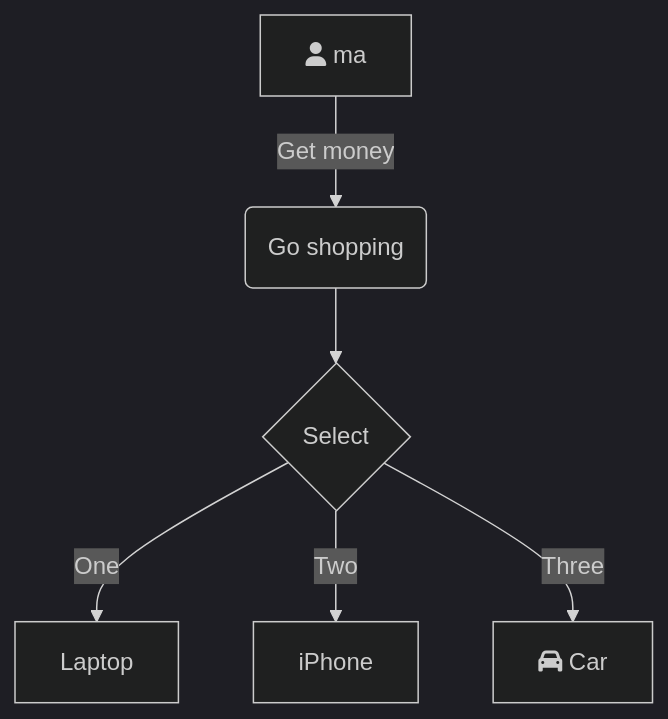
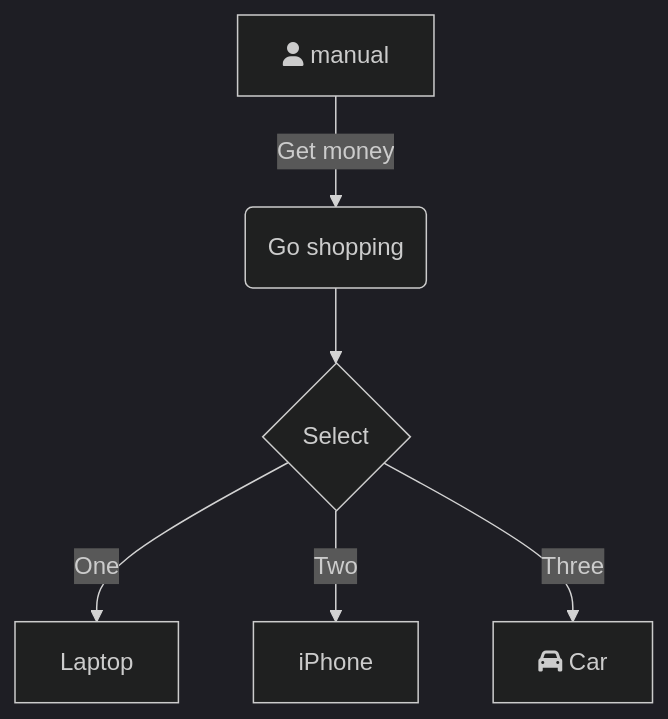
One commit to zhangmanong/iodraw-files changed the diagram in all/未命名.md. Above: the diagram before and after it, drawn with Mermaid (dark theme).

Commit message:
2025-07-28 10:21:42 update

````diff
--- a/all/未命名.md
+++ b/all/未命名.md
@@ -1,8 +1,8 @@
 ```mermaid
 graph TD
-    A[fa:fa-user ma] -->|Get money| B(Go shopping)
+    A[fa:fa-user manual] -->|Get money| B(Go shopping)
     B --> C{Select}
     C -->|One| D[Laptop]
     C -->|Two| E[iPhone]
     C -->|Three| F[fa:fa-car Car]
 ```
````
